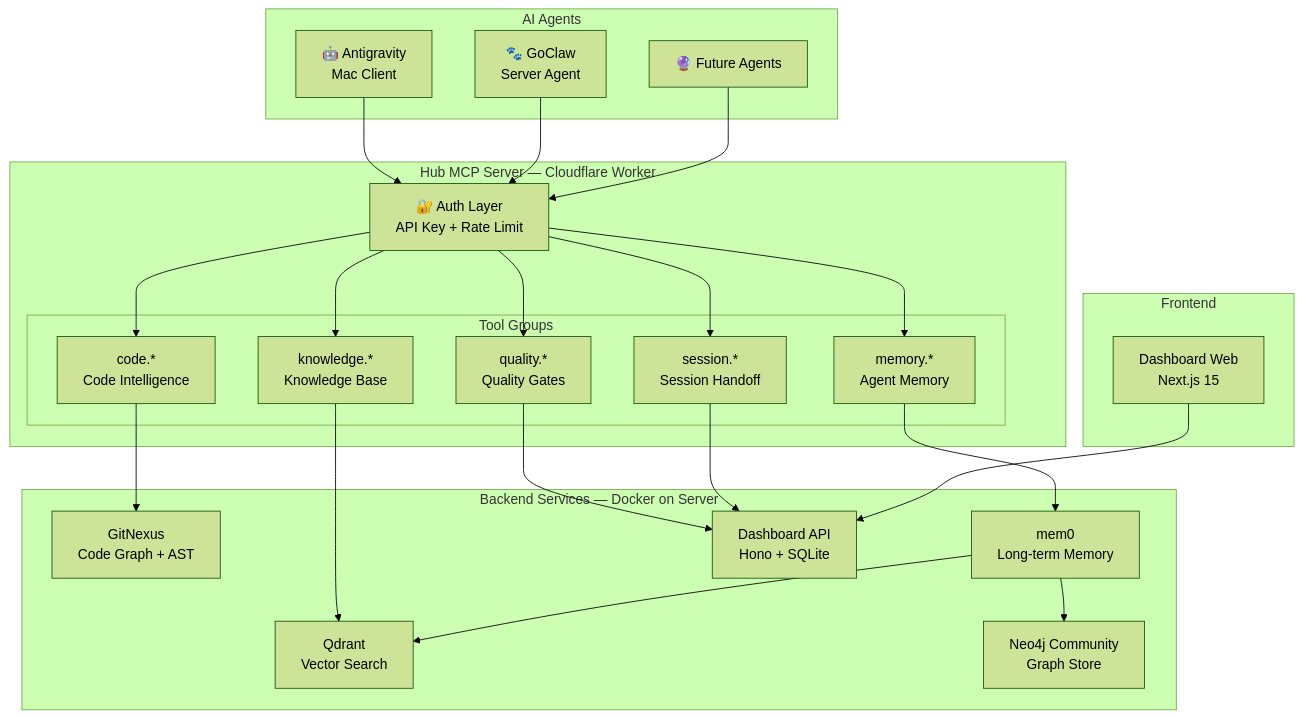
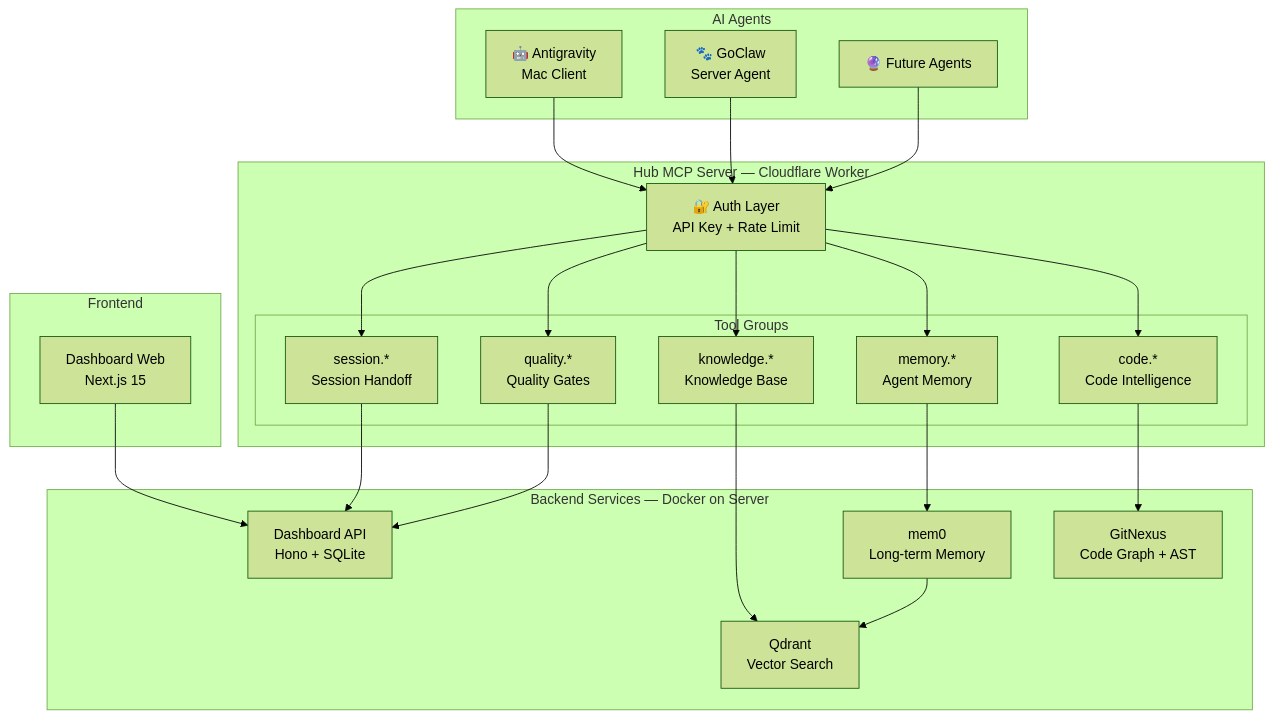
One commit to lktiep/cortex-hub changed the diagram in docs/architecture/overview.md. Above: the diagram before and after it, drawn with Mermaid (forest theme). The commit also changed other lines of this file and 22 other files, not shown here.

````diff
--- a/docs/architecture/overview.md
+++ b/docs/architecture/overview.md
@@ -9,41 +9,40 @@
 ```mermaid
 graph TB
     subgraph "AI Agents"
         AG["🤖 Antigravity<br/>Mac Client"]
         GC["🐾 GoClaw<br/>Server Agent"]
         FN["🔮 Future Agents"]
     end
 
     subgraph "Hub MCP Server — Cloudflare Worker"
         AUTH["🔐 Auth Layer<br/>API Key + Rate Limit"]
         
         subgraph "Tool Groups"
             CODE["code.*<br/>Code Intelligence"]
             MEM["memory.*<br/>Agent Memory"]
             KB["knowledge.*<br/>Knowledge Base"]
             QA["quality.*<br/>Quality Gates"]
             SESS["session.*<br/>Session Handoff"]
         end
     end
 
     subgraph "Backend Services — Docker on Server"
         GN["GitNexus<br/>Code Graph + AST"]
         M0["mem0<br/>Long-term Memory"]
         QD["Qdrant<br/>Vector Search"]
-        N4J["Neo4j Community<br/>Graph Store"]
         API["Dashboard API<br/>Hono + SQLite"]
     end
 
     subgraph "Frontend"
         DASH["Dashboard Web<br/>Next.js 15"]
     end
 
     AG & GC & FN --> AUTH
     AUTH --> CODE & MEM & KB & QA & SESS
     CODE --> GN
     MEM --> M0
     KB --> QD
-    M0 --> QD & N4J
+    M0 --> QD
     QA & SESS --> API
     DASH --> API
 ```
````
